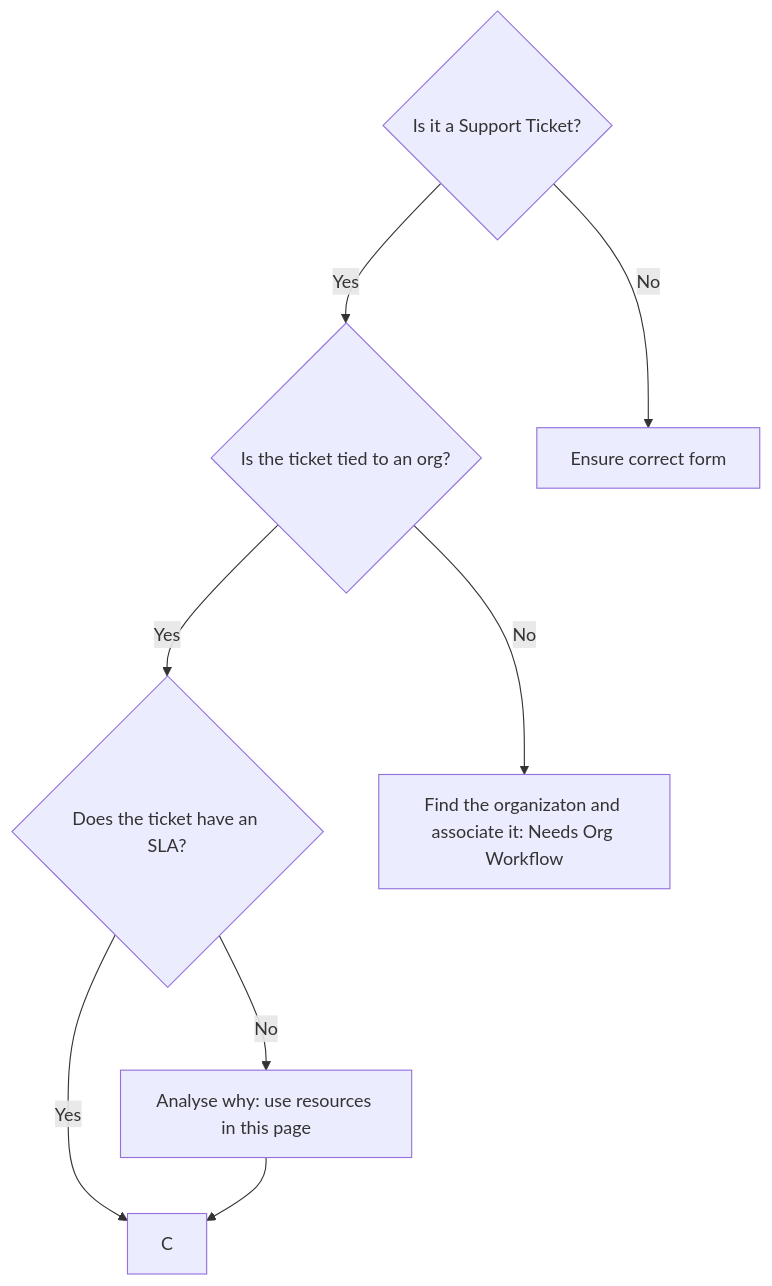
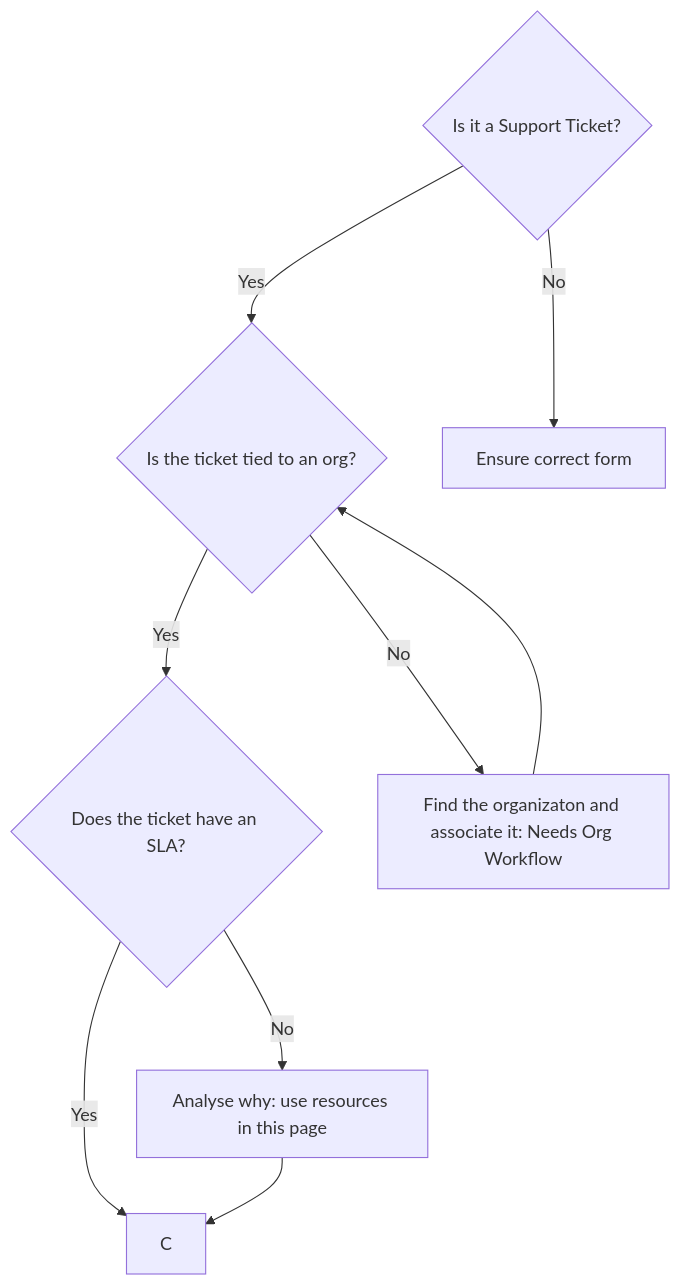
The diagram in support/workflows/ticket_triage.html.md (secretstartups/handbook), drawn with Mermaid before and after one commit.

Commit message:
Apply 1 suggestion(s) to 1 file(s)

````diff
--- a/support/workflows/ticket_triage.html.md
+++ b/support/workflows/ticket_triage.html.md
@@ -20,10 +20,10 @@
 ```mermaid
 graph TD
     A{Is it a Support Ticket?}
     A -->|Yes| B{Is the ticket tied to an org?}
     A -->|No| G[Ensure correct form]
     B -->|Yes| D{Does the ticket have an SLA?}
-    B -->|No| E[Find the organizaton and associate it: Needs Org Workflow]
+    B -->|No| E[Find the organizaton and associate it: Needs Org Workflow] --> B
     D -->|Yes| C
     D -->|No| F[Analyse why: use resources in this page] --> C
 ```
````
